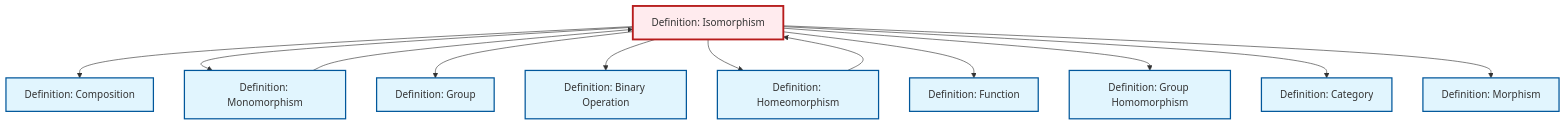
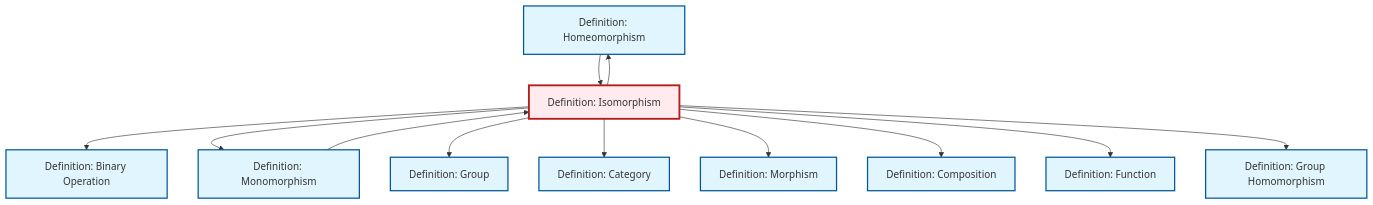
One commit to RK0429/ModernMath changed the diagram in content/en/algebra/def-isomorphism.qmd. Above: the diagram before and after it, drawn with Mermaid. The commit also changed other lines of this file and 672 other files, not shown here.

````diff
--- a/content/en/algebra/def-isomorphism.qmd
+++ b/content/en/algebra/def-isomorphism.qmd
@@ -112,40 +112,40 @@
 ```{mermaid}
 %%| fig-cap: "Local dependency graph"
 graph TD
     classDef definition fill:#e1f5fe,stroke:#01579b,stroke-width:2px
     classDef theorem fill:#f3e5f5,stroke:#4a148c,stroke-width:2px
     classDef axiom fill:#fff3e0,stroke:#e65100,stroke-width:2px
     classDef example fill:#e8f5e9,stroke:#1b5e20,stroke-width:2px
     classDef current fill:#ffebee,stroke:#b71c1c,stroke-width:3px
+    def-homeomorphism["Definition: Homeomorphism"]:::definition
+    def-binary-operation["Definition: Binary Operation"]:::definition
+    def-morphism["Definition: Morphism"]:::definition
     def-isomorphism["Definition: Isomorphism"]:::definition
-    def-binary-operation["Definition: Binary Operation"]:::definition
+    def-function["Definition: Function"]:::definition
     def-composition["Definition: Composition"]:::definition
-    def-homeomorphism["Definition: Homeomorphism"]:::definition
+    def-homomorphism["Definition: Group Homomorphism"]:::definition
+    def-group["Definition: Group"]:::definition
     def-category["Definition: Category"]:::definition
     def-monomorphism["Definition: Monomorphism"]:::definition
-    def-function["Definition: Function"]:::definition
-    def-homomorphism["Definition: Group Homomorphism"]:::definition
-    def-morphism["Definition: Morphism"]:::definition
-    def-group["Definition: Group"]:::definition
-    def-isomorphism --> def-composition
-    def-monomorphism --> def-isomorphism
+    def-isomorphism --> def-binary-operation
     def-isomorphism --> def-monomorphism
     def-isomorphism --> def-group
-    def-isomorphism --> def-binary-operation
+    def-isomorphism --> def-category
+    def-homeomorphism --> def-isomorphism
+    def-isomorphism --> def-morphism
+    def-monomorphism --> def-isomorphism
+    def-isomorphism --> def-composition
+    def-isomorphism --> def-function
     def-isomorphism --> def-homeomorphism
-    def-isomorphism --> def-function
     def-isomorphism --> def-homomorphism
-    def-homeomorphism --> def-isomorphism
-    def-isomorphism --> def-category
-    def-isomorphism --> def-morphism
     class def-isomorphism current
+    click def-homeomorphism "def-homeomorphism.html" "Go to Homeomorphism definition"
     click def-binary-operation "def-binary-operation.html" "Go to Binary Operation definition"
+    click def-morphism "def-morphism.html" "Go to Morphism definition"
+    click def-function "def-function.html" "Go to Function definition"
     click def-composition "def-composition.html" "Go to Composition definition"
-    click def-homeomorphism "def-homeomorphism.html" "Go to Homeomorphism definition"
+    click def-homomorphism "def-homomorphism.html" "Go to Group Homomorphism definition"
+    click def-group "def-group.html" "Go to Group definition"
     click def-category "def-category.html" "Go to Category definition"
     click def-monomorphism "def-monomorphism.html" "Go to Monomorphism definition"
-    click def-function "def-function.html" "Go to Function definition"
-    click def-homomorphism "def-homomorphism.html" "Go to Group Homomorphism definition"
-    click def-morphism "def-morphism.html" "Go to Morphism definition"
-    click def-group "def-group.html" "Go to Group definition"
 ```
````
